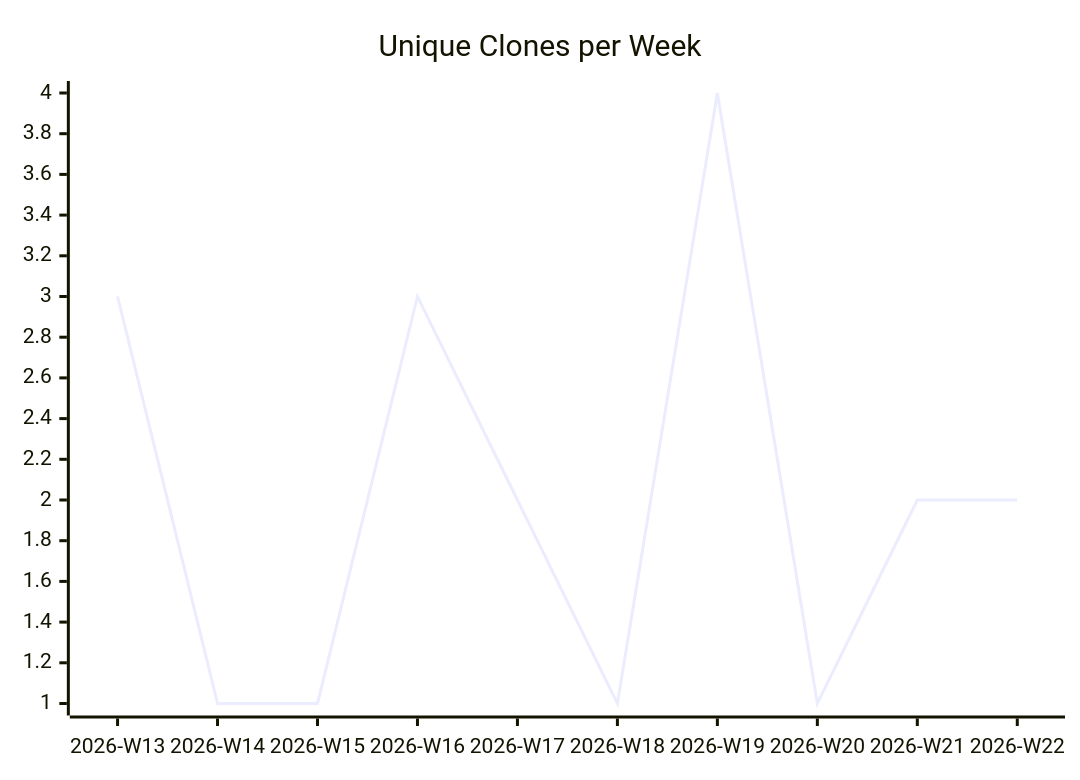
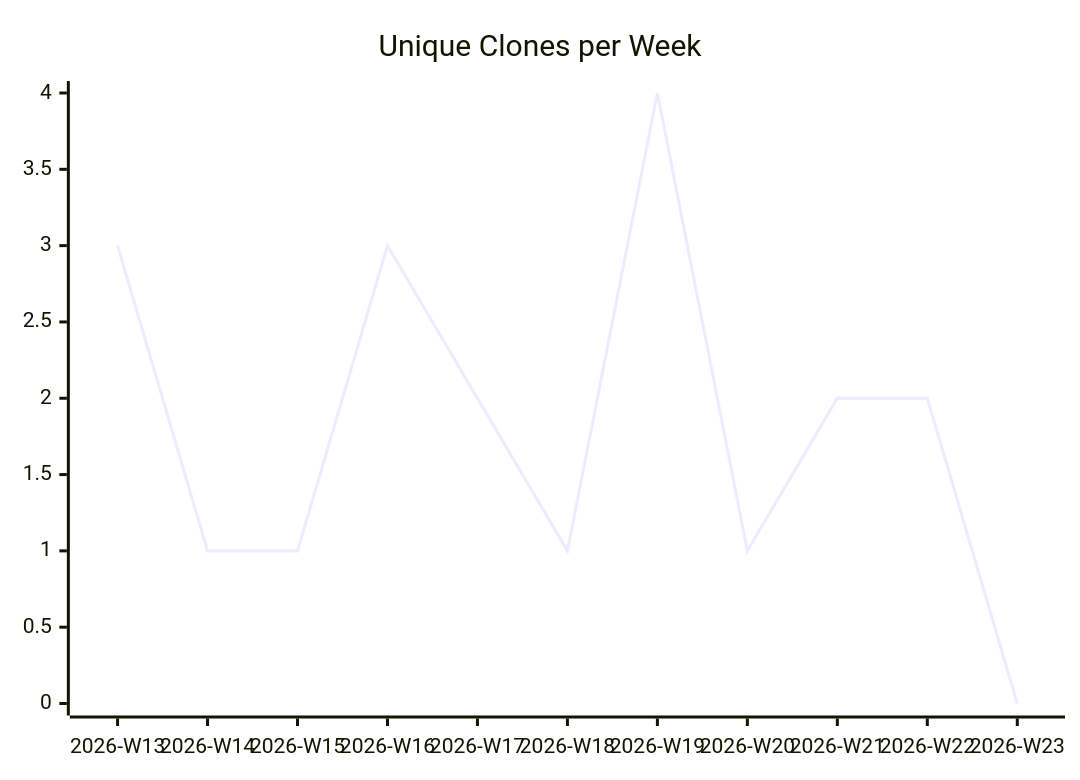
One commit to justdavis-family/github-analytics-data changed the third of 3 diagrams in karlmdavis/test-repo-for-move/README.md. Above: the diagram before and after it, drawn with Mermaid. The commit also changed other lines of this file and 186 other files, not shown here.

````diff
--- a/karlmdavis/test-repo-for-move/README.md
+++ b/karlmdavis/test-repo-for-move/README.md
@@ -19,6 +19,6 @@
 ```mermaid
 xychart-beta
   title "Unique Clones per Week"
-  x-axis ["2026-W13", "2026-W14", "2026-W15", "2026-W16", "2026-W17", "2026-W18", "2026-W19", "2026-W20", "2026-W21", "2026-W22"]
-  line [3, 1, 1, 3, 2, 1, 4, 1, 2, 2]
+  x-axis ["2026-W13", "2026-W14", "2026-W15", "2026-W16", "2026-W17", "2026-W18", "2026-W19", "2026-W20", "2026-W21", "2026-W22", "2026-W23"]
+  line [3, 1, 1, 3, 2, 1, 4, 1, 2, 2, 0]
 ```
````
